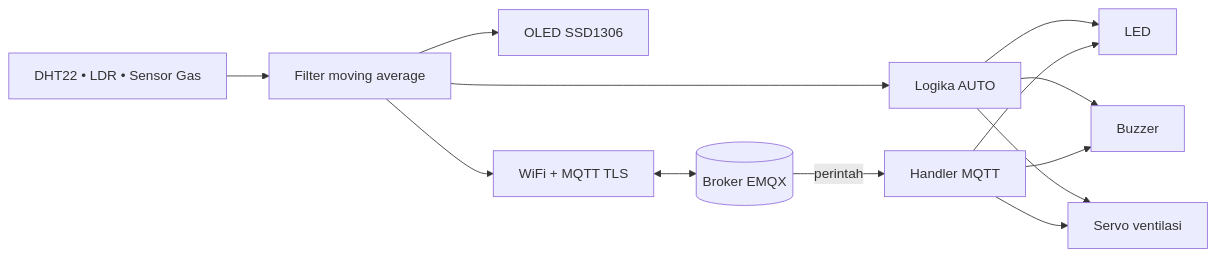
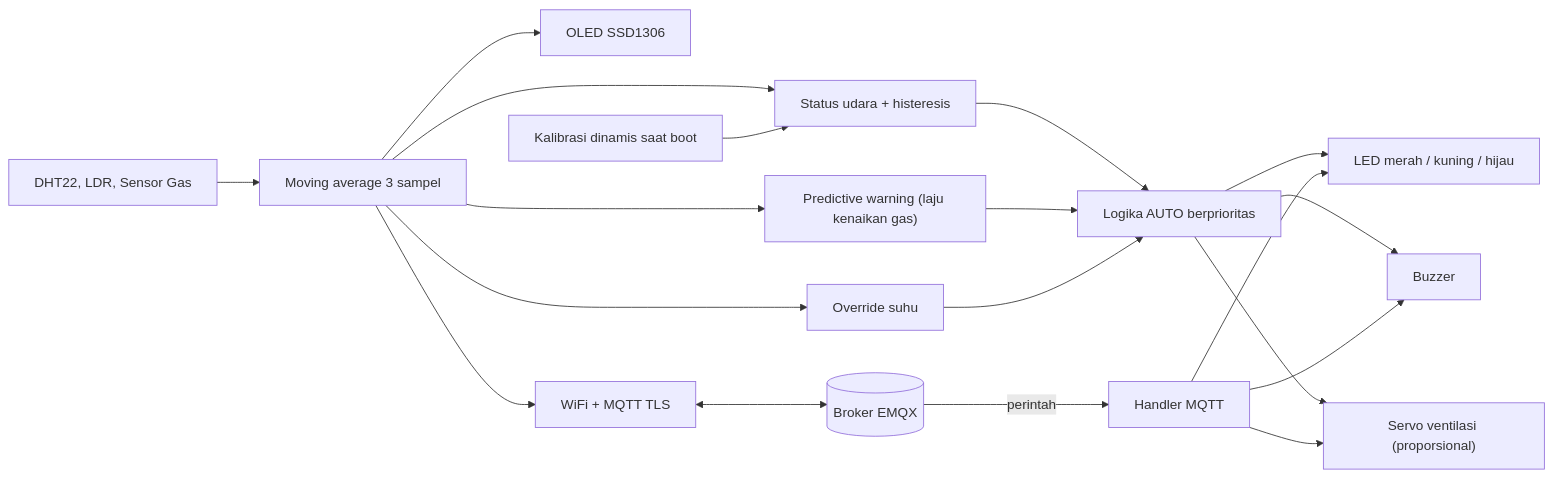
The diagram in README.md (Masykster/Airami-Near-Realtime-Forecast-Quality-Air-Temperature), drawn with Mermaid before and after one commit. The commit also changed other lines of this file, not shown here.

````diff
--- a/README.md
+++ b/README.md
@@ -39,15 +50,21 @@
 ```mermaid
 flowchart LR
-    S[DHT22 • LDR • Sensor Gas] --> F[Filter moving average]
-    F --> O[OLED SSD1306]
-    F --> M[WiFi + MQTT TLS]
-    M <--> B[(Broker EMQX)]
-    F --> A[Logika AUTO]
-    A --> L[LED]
-    A --> Z[Buzzer]
-    A --> V[Servo ventilasi]
-    B -- perintah --> C[Handler MQTT]
+    S["DHT22, LDR, Sensor Gas"] --> F["Moving average 3 sampel"]
+    F --> O["OLED SSD1306"]
+    F --> K["Status udara + histeresis"]
+    CAL["Kalibrasi dinamis saat boot"] --> K
+    F --> P["Predictive warning (laju kenaikan gas)"]
+    K --> A["Logika AUTO berprioritas"]
+    P --> A
+    F --> T["Override suhu"]
+    T --> A
+    A --> L["LED merah / kuning / hijau"]
+    A --> Z["Buzzer"]
+    A --> V["Servo ventilasi (proporsional)"]
+    F --> M["WiFi + MQTT TLS"]
+    M <--> B[("Broker EMQX")]
+    B -- perintah --> C["Handler MQTT"]
     C --> L
     C --> Z
     C --> V
 ```
````
